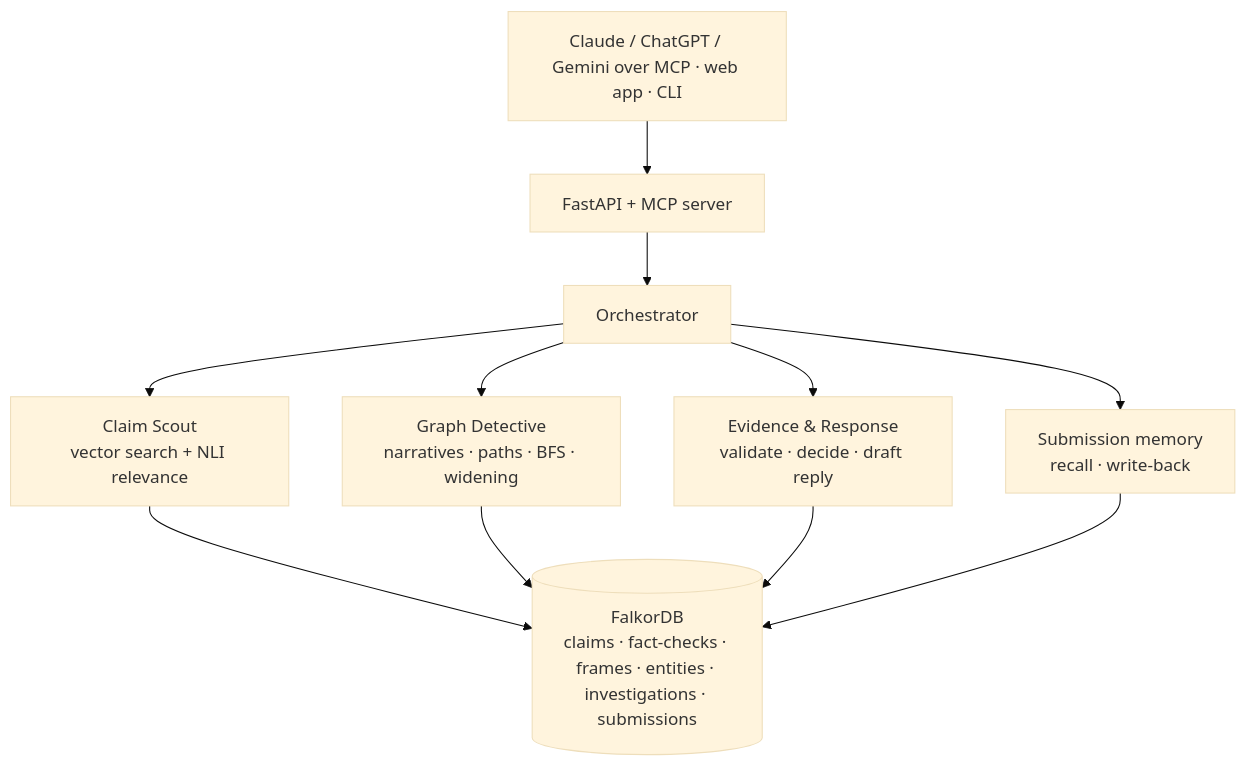
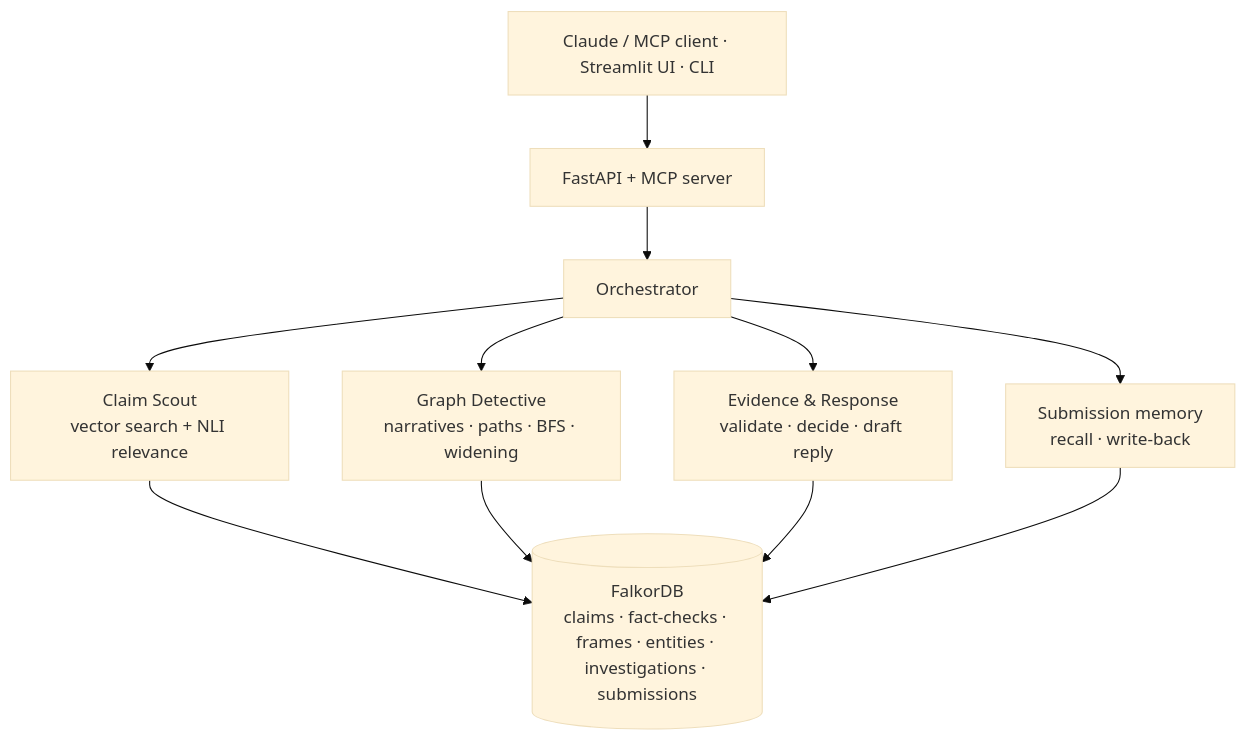
Before and after one commit to harshbpathak/Pehchaan: the diagram in README.md, drawn with Mermaid (base theme). The commit also changed other lines of this file and 5 other files, not shown here.

````diff
--- a/README.md
+++ b/README.md
@@ -88,10 +77,10 @@
 ```mermaid
 graph TD
-  U[Claude / ChatGPT / Gemini over MCP · web app · CLI] --> S[FastAPI + MCP server]
+  U[Claude / MCP client · Streamlit UI · CLI] --> S[FastAPI + MCP server]
   S --> O[Orchestrator]
   O --> A[Claim Scout<br/>vector search + NLI relevance]
   O --> B[Graph Detective<br/>narratives · paths · BFS · widening]
   O --> C[Evidence & Response<br/>validate · decide · draft reply]
   O --> M[Submission memory<br/>recall · write-back]
   A & B & C & M --> F[(FalkorDB<br/>claims · fact-checks · frames · entities · investigations · submissions)]
 ```
````
